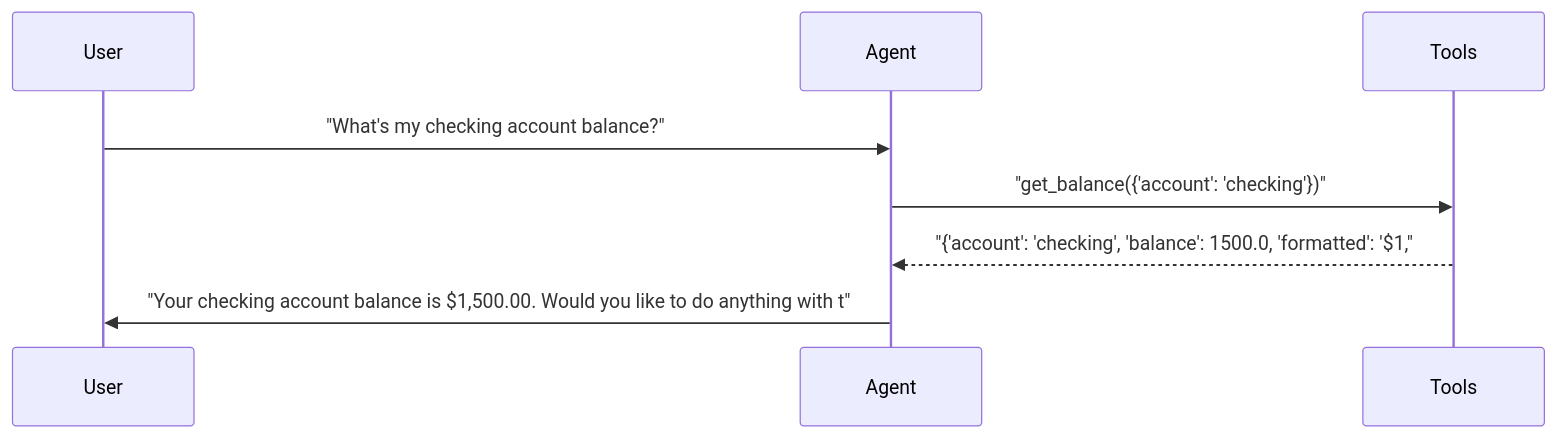
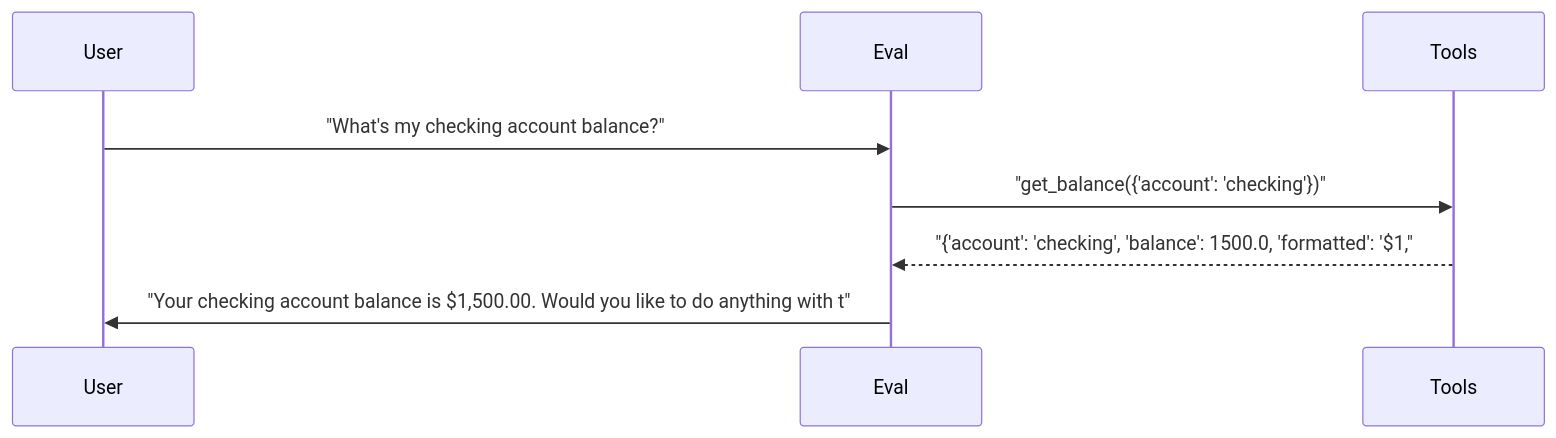
The first of 4 diagrams in docs/reports/10_dimension_detection.md (sbroenne/pytest-skill-engineering), drawn with Mermaid before and after one commit. The commit also changed other lines of this file and 155 other files, not shown here.

````diff
--- a/docs/reports/10_dimension_detection.md
+++ b/docs/reports/10_dimension_detection.md
@@ -163,11 +163,11 @@
 ```mermaid
 sequenceDiagram
     participant User
-    participant Agent
+    participant Eval
     participant Tools
 
-    User->>Agent: "What's my checking account balance?"
-    Agent->>Tools: "get_balance({'account': 'checking'})"
-    Tools-->>Agent: "{'account': 'checking', 'balance': 1500.0, 'formatted': '$1,"
-    Agent->>User: "Your checking account balance is $1,500.00. Would you like to do anything with t"
+    User->>Eval: "What's my checking account balance?"
+    Eval->>Tools: "get_balance({'account': 'checking'})"
+    Tools-->>Eval: "{'account': 'checking', 'balance': 1500.0, 'formatted': '$1,"
+    Eval->>User: "Your checking account balance is $1,500.00. Would you like to do anything with t"
 ```
````
